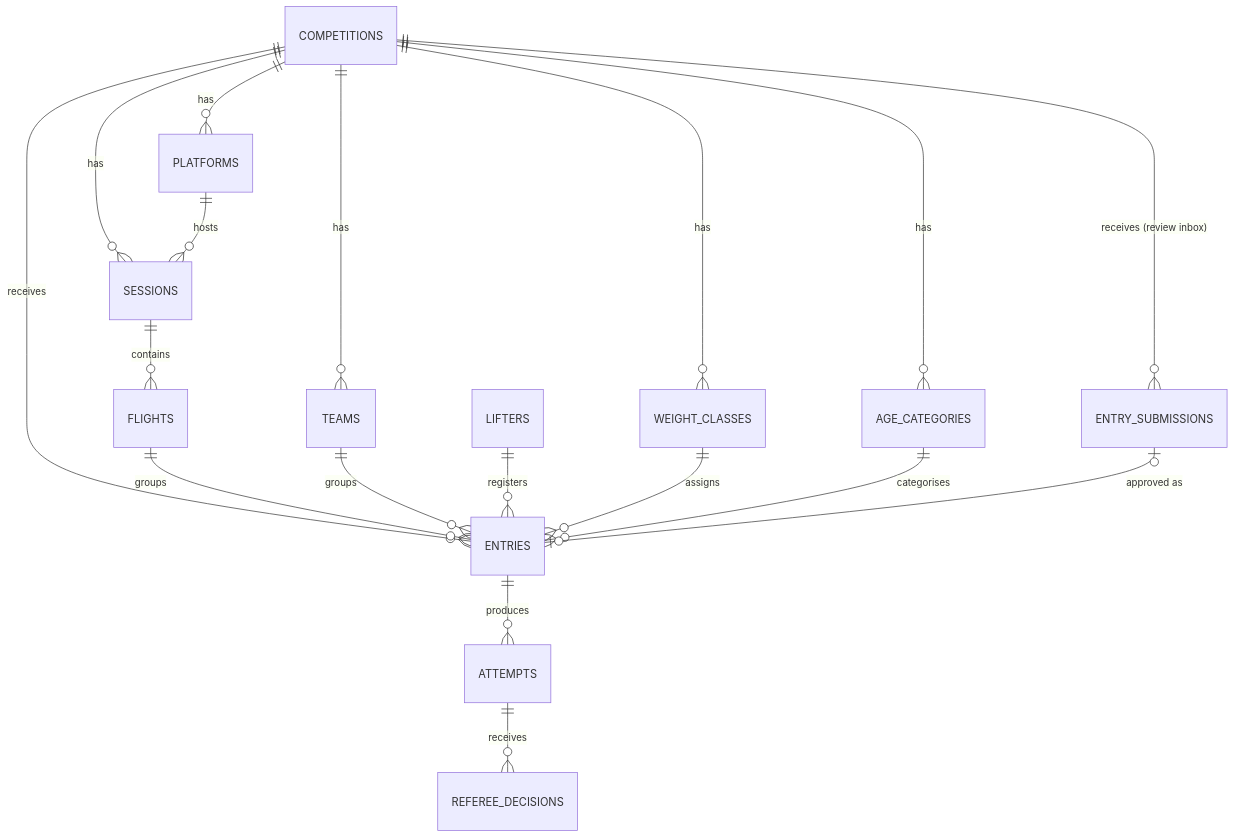
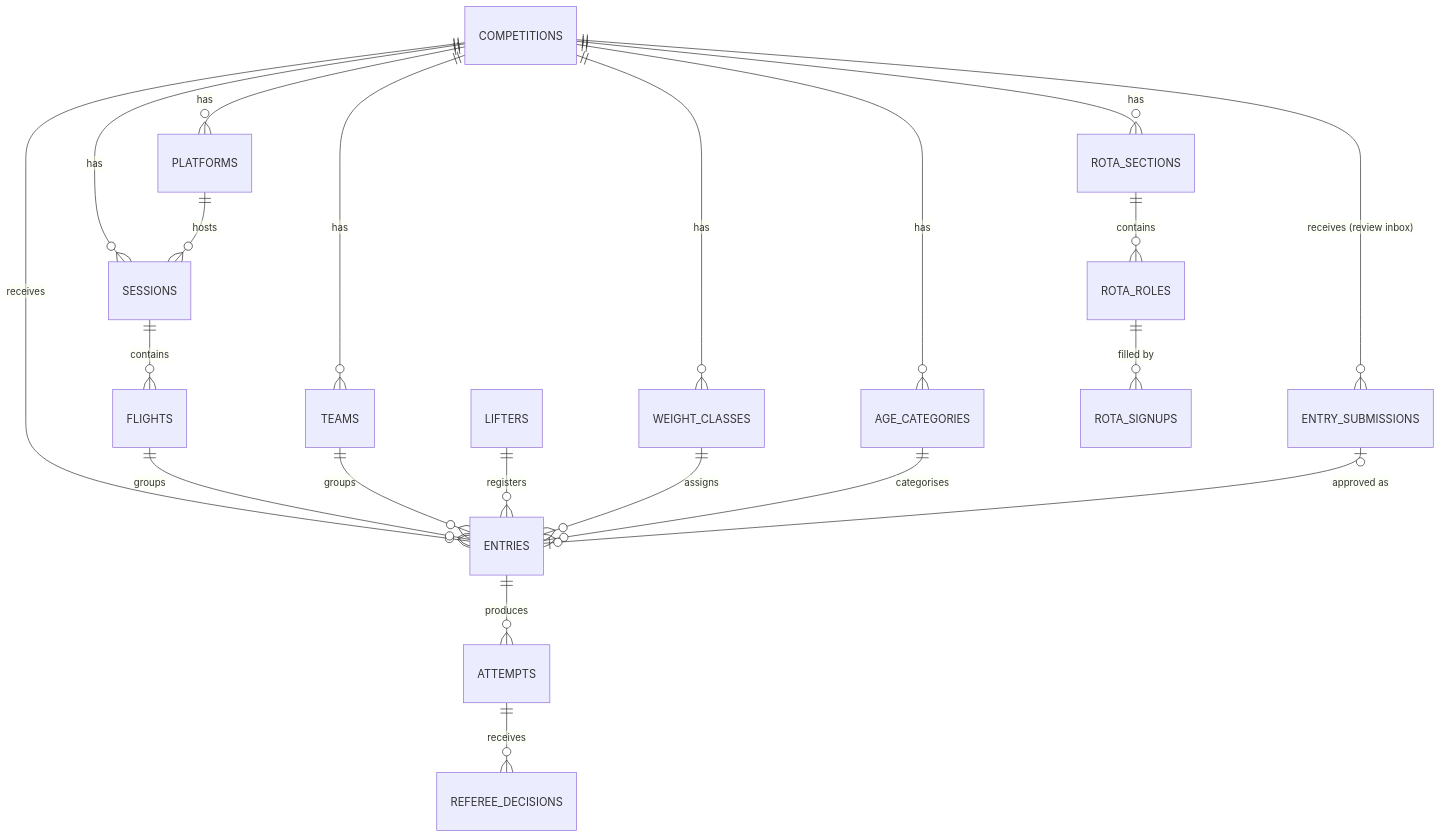
Before and after one commit to StrengthAnalytics/Comp-Software: the diagram in ARCHITECTURE.md, drawn with Mermaid. The commit also changed other lines of this file and 7 other files, not shown here.

First line of the commit message:
feat(rota): volunteer staff rota backend foundation (schema, RLS, validation)

````diff
--- a/ARCHITECTURE.md
+++ b/ARCHITECTURE.md
@@ -29,20 +29,23 @@
 ```mermaid
 erDiagram
   COMPETITIONS ||--o{ AGE_CATEGORIES : has
   COMPETITIONS ||--o{ WEIGHT_CLASSES : has
   COMPETITIONS ||--o{ PLATFORMS : has
   COMPETITIONS ||--o{ SESSIONS : has
   COMPETITIONS ||--o{ ENTRIES : receives
   COMPETITIONS ||--o{ TEAMS : has
   PLATFORMS ||--o{ SESSIONS : hosts
   SESSIONS ||--o{ FLIGHTS : contains
   FLIGHTS ||--o{ ENTRIES : groups
   TEAMS ||--o{ ENTRIES : groups
   LIFTERS ||--o{ ENTRIES : registers
   WEIGHT_CLASSES ||--o{ ENTRIES : assigns
   AGE_CATEGORIES ||--o{ ENTRIES : categorises
   ENTRIES ||--o{ ATTEMPTS : produces
   ATTEMPTS ||--o{ REFEREE_DECISIONS : receives
   COMPETITIONS ||--o{ ENTRY_SUBMISSIONS : "receives (review inbox)"
   ENTRY_SUBMISSIONS |o--o| ENTRIES : "approved as"
+  COMPETITIONS ||--o{ ROTA_SECTIONS : has
+  ROTA_SECTIONS ||--o{ ROTA_ROLES : contains
+  ROTA_ROLES ||--o{ ROTA_SIGNUPS : "filled by"
 ```
````
